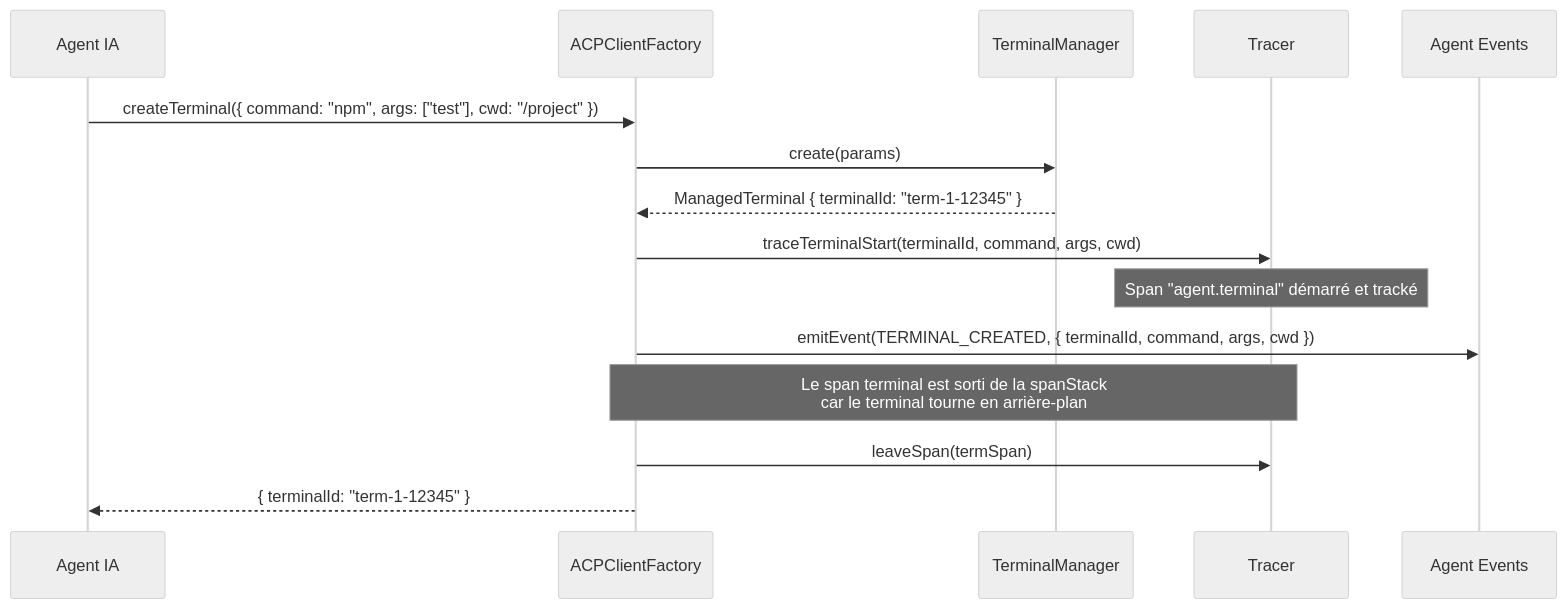
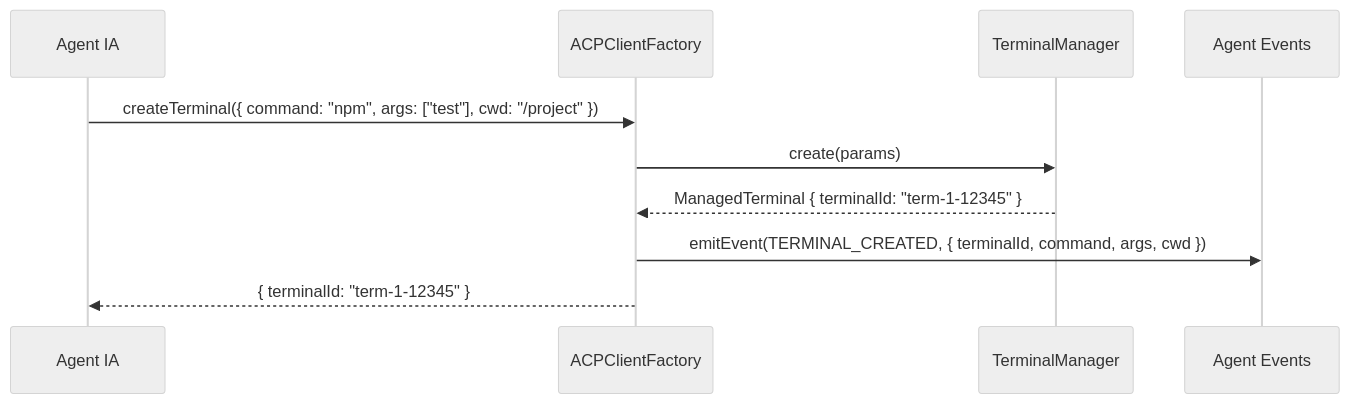
One commit to atinseau/stark changed the sixth of 10 diagrams in docs/components/acp-client-factory.md. Above: the diagram before and after it, drawn with Mermaid (neutral theme). The commit also changed other lines of this file and 13 other files, not shown here.

````diff
--- a/docs/components/acp-client-factory.md
+++ b/docs/components/acp-client-factory.md
@@ -366,24 +292,16 @@
 ```mermaid
 sequenceDiagram
     participant ACP as Agent IA
     participant ACF as ACPClientFactory
     participant TM as TerminalManager
-    participant T as Tracer
     participant A as Agent Events
 
     ACP->>ACF: createTerminal({ command: "npm", args: ["test"], cwd: "/project" })
 
     ACF->>TM: create(params)
     TM-->>ACF: ManagedTerminal { terminalId: "term-1-12345" }
 
-    ACF->>T: traceTerminalStart(terminalId, command, args, cwd)
-    Note over T: Span "agent.terminal" démarré et tracké
-
     ACF->>A: emitEvent(TERMINAL_CREATED, { terminalId, command, args, cwd })
-
-    Note over ACF,T: Le span terminal est sorti de la spanStack<br/>car le terminal tourne en arrière-plan
-
-    ACF->>T: leaveSpan(termSpan)
 
     ACF-->>ACP: { terminalId: "term-1-12345" }
 ```
````
